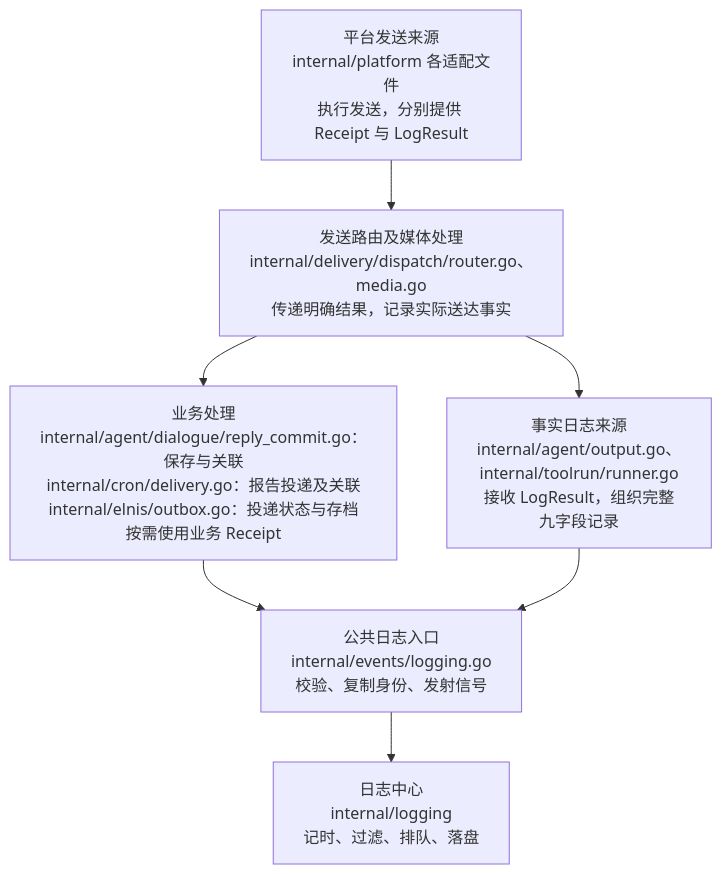
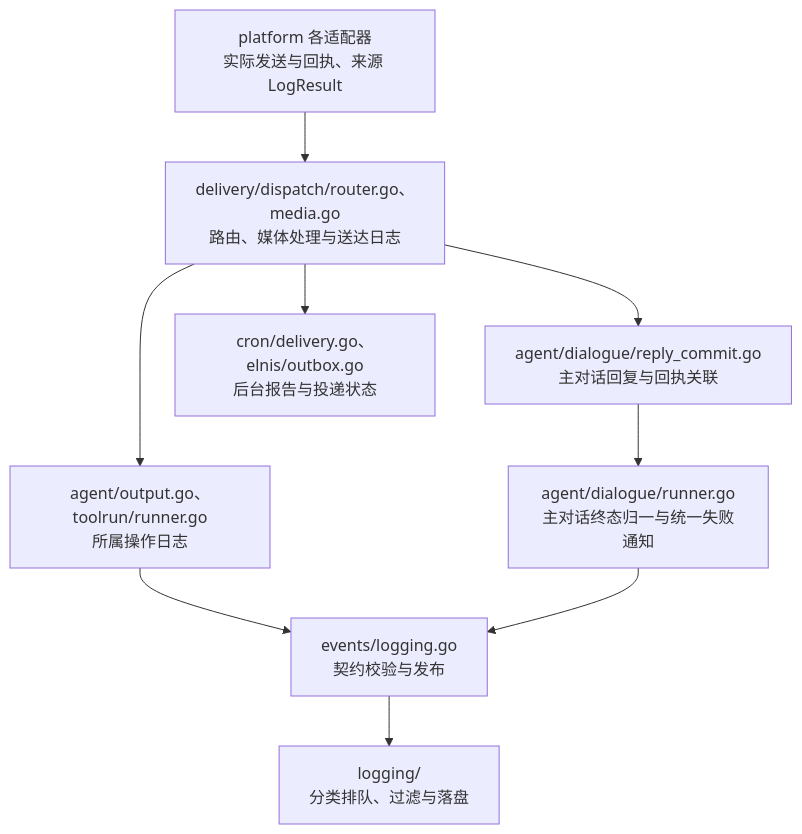
The fifth of 6 diagrams in devdocs/architecture.md (Elflare/elbot), drawn with Mermaid before and after one commit. The commit also changed other lines of this file and 3 other files, not shown here.

````diff
--- a/devdocs/architecture.md
+++ b/devdocs/architecture.md
@@ -425,9 +270,11 @@
 ```mermaid
 flowchart TD
-    A["平台发送来源<br/>internal/platform 各适配文件<br/>执行发送，分别提供 Receipt 与 LogResult"] --> B["发送路由及媒体处理<br/>internal/delivery/dispatch/router.go、media.go<br/>传递明确结果，记录实际送达事实"]
-    B --> C["业务处理<br/>internal/agent/dialogue/reply_commit.go：保存与关联<br/>internal/cron/delivery.go：报告投递及关联<br/>internal/elnis/outbox.go：投递状态与存档<br/>按需使用业务 Receipt"]
-    B --> D["事实日志来源<br/>internal/agent/output.go、internal/toolrun/runner.go<br/>接收 LogResult，组织完整九字段记录"]
-    C --> E["对话终态<br/>internal/agent/dialogue/runner.go<br/>归一取消与替换，统一失败日志和 Notify"]
-    D --> E["公共日志入口<br/>internal/events/logging.go<br/>校验、复制身份、发射信号"]
-    E --> F["日志中心<br/>internal/logging<br/>记时、过滤、排队、落盘"]
+    P["platform 各适配器<br/>实际发送与回执、来源 LogResult"] --> R["delivery/dispatch/router.go、media.go<br/>路由、媒体处理与送达日志"]
+    R --> B["agent/dialogue/reply_commit.go<br/>主对话回复与回执关联"]
+    R --> BG["cron/delivery.go、elnis/outbox.go<br/>后台报告与投递状态"]
+    B --> T["agent/dialogue/runner.go<br/>主对话终态归一与统一失败通知"]
+    R --> O["agent/output.go、toolrun/runner.go<br/>所属操作日志"]
+    O --> E["events/logging.go<br/>契约校验与发布"]
+    T --> E
+    E --> L["logging/<br/>分类排队、过滤与落盘"]
 ```
````
